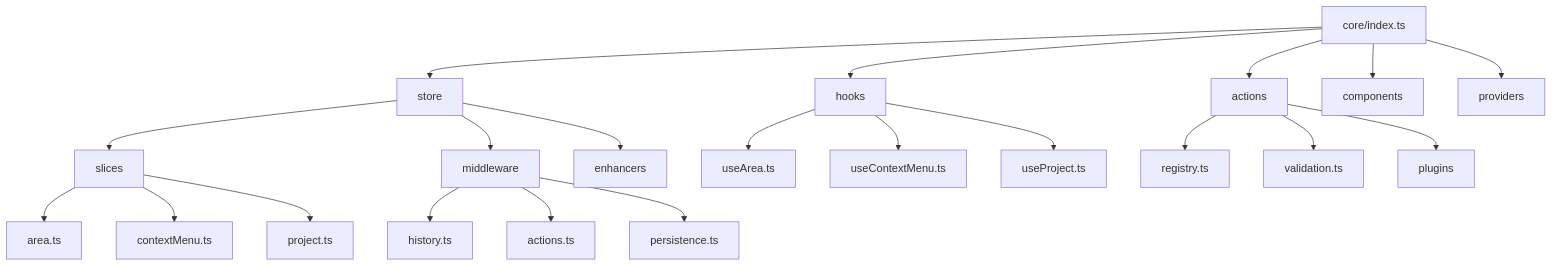
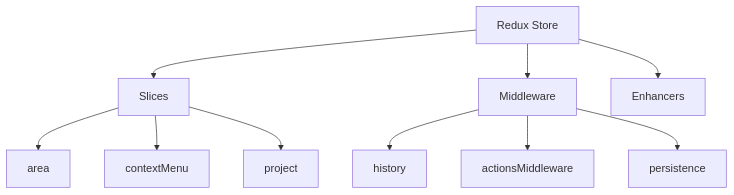
The first of 2 diagrams in docs/architecture/store.md (yannloosli/karmyc), drawn with Mermaid before and after one commit. The commit also changed other lines of this file and 480 other files, not shown here.

````diff
--- a/docs/architecture/store.md
+++ b/docs/architecture/store.md
@@ -80,28 +9,14 @@
 ```mermaid
 graph TD
-    A[core/index.ts] --> B[store]
-    A --> C[hooks]
-    A --> D[actions]
-    A --> E[components]
-    A --> F[providers]
+    A[Redux Store] --> B[Slices]
+    A --> C[Middleware]
+    A --> D[Enhancers]
     
-    B --> G[slices]
-    B --> H[middleware]
-    B --> I[enhancers]
+    B --> E[area]
+    B --> F[contextMenu]
+    B --> G[project]
     
-    G --> J[area.ts]
-    G --> K[contextMenu.ts]
-    G --> L[project.ts]
-    
-    H --> M[history.ts]
-    H --> N[actions.ts]
-    H --> O[persistence.ts]
-    
-    C --> P[useArea.ts]
-    C --> Q[useContextMenu.ts]
-    C --> R[useProject.ts]
-    
-    D --> S[registry.ts]
-    D --> T[validation.ts]
-    D --> U[plugins]
+    C --> H[history]
+    C --> I[actionsMiddleware]
+    C --> J[persistence]
 ```
````
